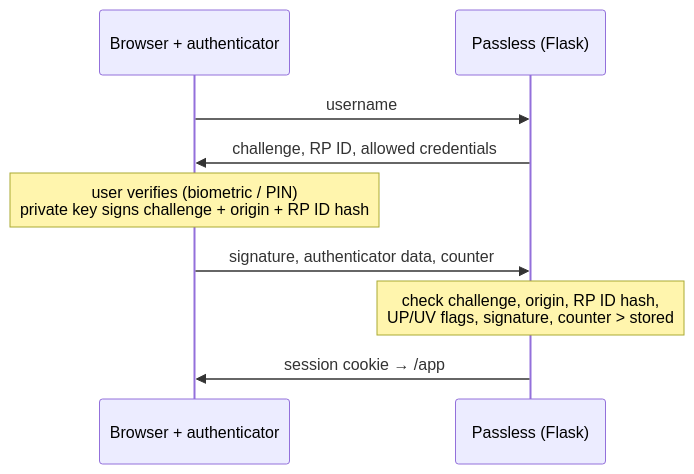
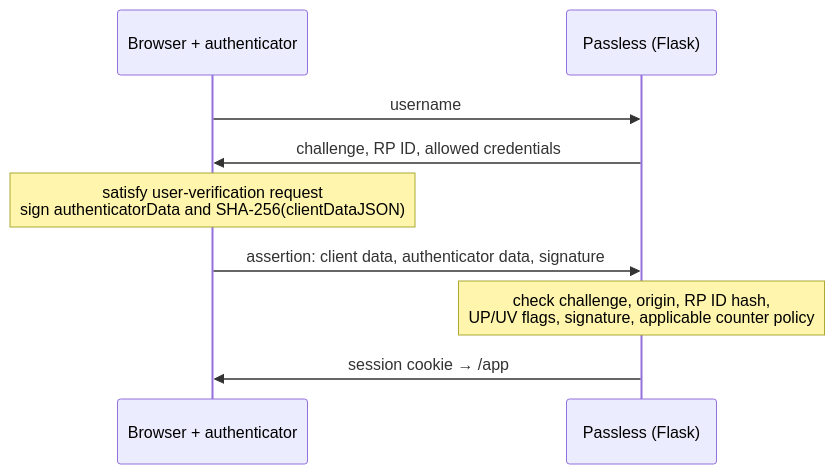
One commit to fh1m/passless changed the diagram in README.md. Above: the diagram before and after it, drawn with Mermaid. The commit also changed other lines of this file, not shown here.

````diff
--- a/README.md
+++ b/README.md
@@ -30,11 +45,11 @@
 ```mermaid
 sequenceDiagram
   participant B as Browser + authenticator
   participant S as Passless (Flask)
   B->>S: username
   S->>B: challenge, RP ID, allowed credentials
-  Note over B: user verifies (biometric / PIN)<br/>private key signs challenge + origin + RP ID hash
-  B->>S: signature, authenticator data, counter
-  Note over S: check challenge, origin, RP ID hash,<br/>UP/UV flags, signature, counter > stored
+  Note over B: satisfy user-verification request<br/>sign authenticatorData and SHA-256(clientDataJSON)
+  B->>S: assertion: client data, authenticator data, signature
+  Note over S: check challenge, origin, RP ID hash,<br/>UP/UV flags, signature, applicable counter policy
   S->>B: session cookie → /app
 ```
````
